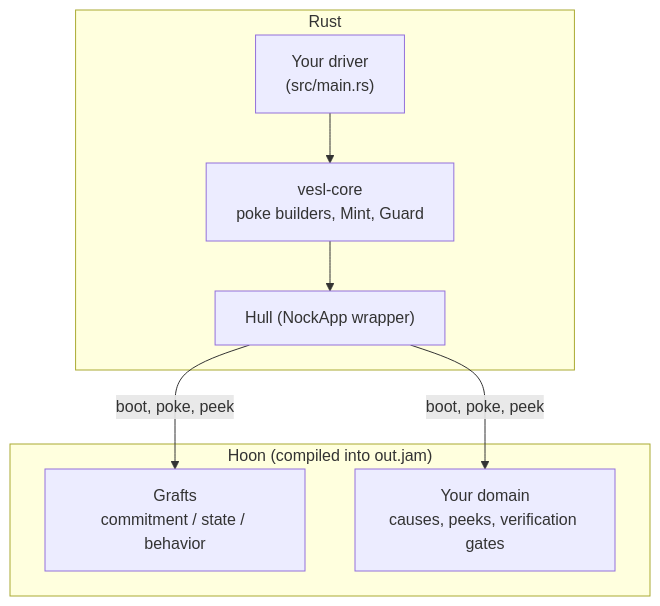
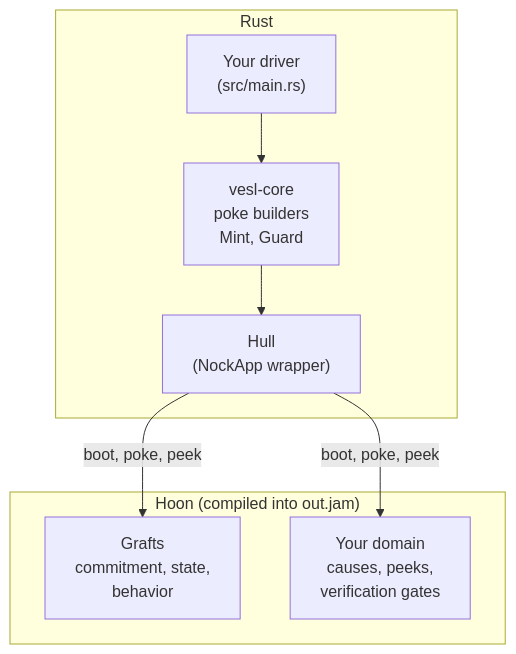
Before and after one commit to zkvesl/docs: the diagram in docs/build/shape.md, drawn with Mermaid. The commit also changed other lines of this file and 8 other files, not shown here.

````diff
--- a/docs/build/shape.md
+++ b/docs/build/shape.md
@@ -13,15 +28,15 @@
 ```mermaid
 flowchart TB
     subgraph rust["Rust"]
         driver["Your driver<br/>(src/main.rs)"]
-        core["vesl-core<br/>poke builders, Mint, Guard"]
-        hull["Hull (NockApp wrapper)"]
+        core["vesl-core<br/>poke builders<br/>Mint, Guard"]
+        hull["Hull<br/>(NockApp wrapper)"]
         driver --> core --> hull
     end
     subgraph hoon["Hoon (compiled into out.jam)"]
-        grafts["Grafts<br/>commitment / state / behavior"]
-        domain["Your domain<br/>causes, peeks, verification gates"]
+        grafts["Grafts<br/>commitment, state,<br/>behavior"]
+        domain["Your domain<br/>causes, peeks,<br/>verification gates"]
     end
     hull -->|boot, poke, peek| grafts
     hull -->|boot, poke, peek| domain
 ```
````
